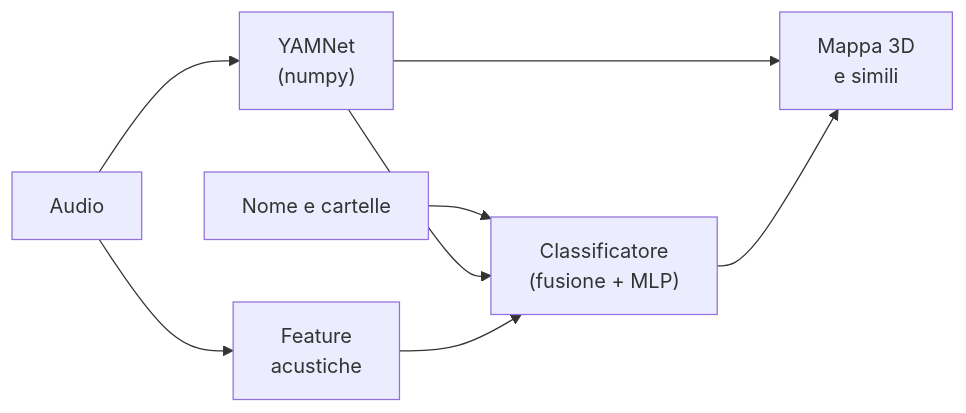
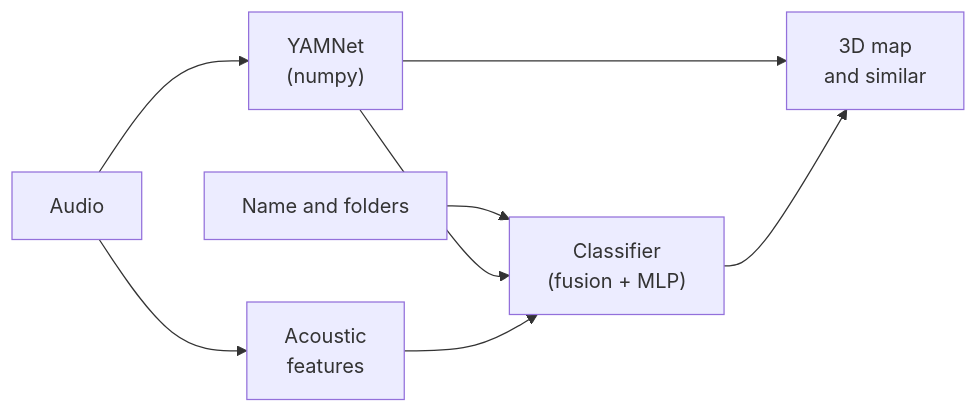
One commit to AleksAttanasio/ClusterSound changed the diagram in docs/ai/index.md. Above: the diagram before and after it, drawn with Mermaid. The commit also changed other lines of this file and 121 other files, not shown here.

````diff
--- a/docs/ai/index.md
+++ b/docs/ai/index.md
@@ -13,10 +13,10 @@
 ```mermaid
 flowchart LR
   W["Audio"] --> Y["YAMNet<br/>(numpy)"]
-  W --> F["Feature<br/>acustiche"]
-  N["Nome e cartelle"] --> C
-  Y --> C["Classificatore<br/>(fusione + MLP)"]
+  W --> F["Acoustic<br/>features"]
+  N["Name and folders"] --> C
+  Y --> C["Classifier<br/>(fusion + MLP)"]
   F --> C
-  Y --> M["Mappa 3D<br/>e simili"]
+  Y --> M["3D map<br/>and similar"]
   C --> M
 ```
````
